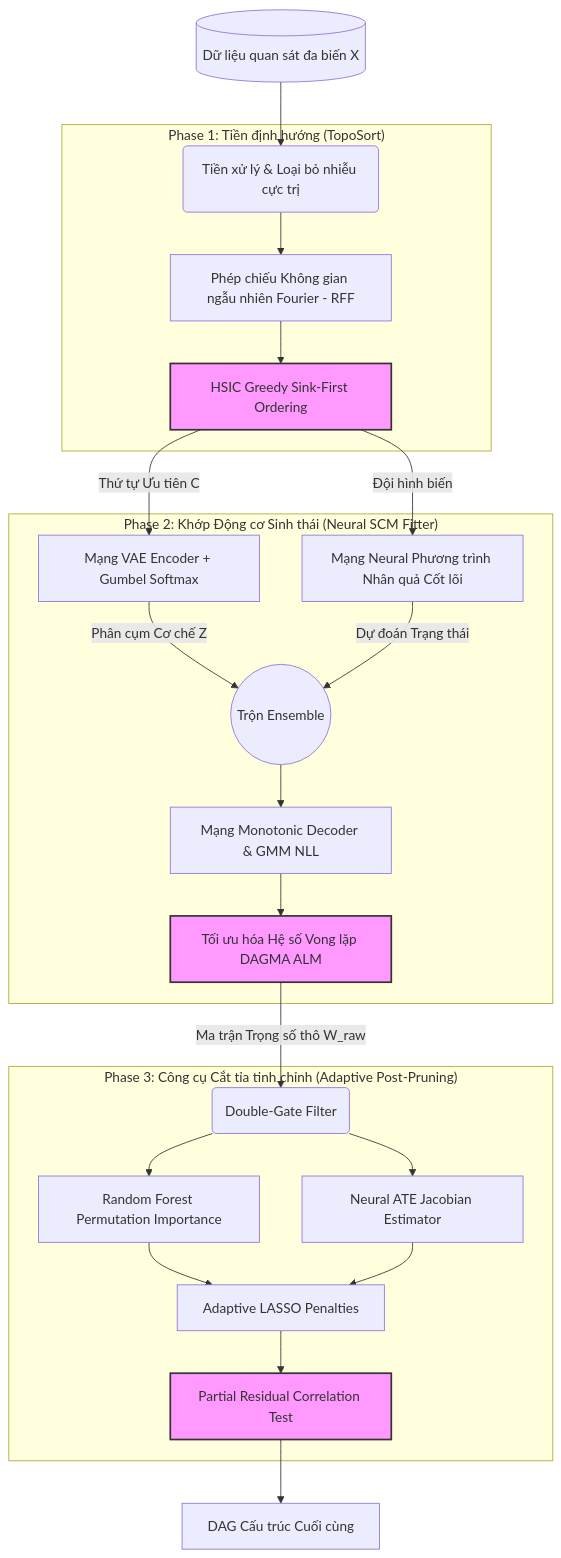
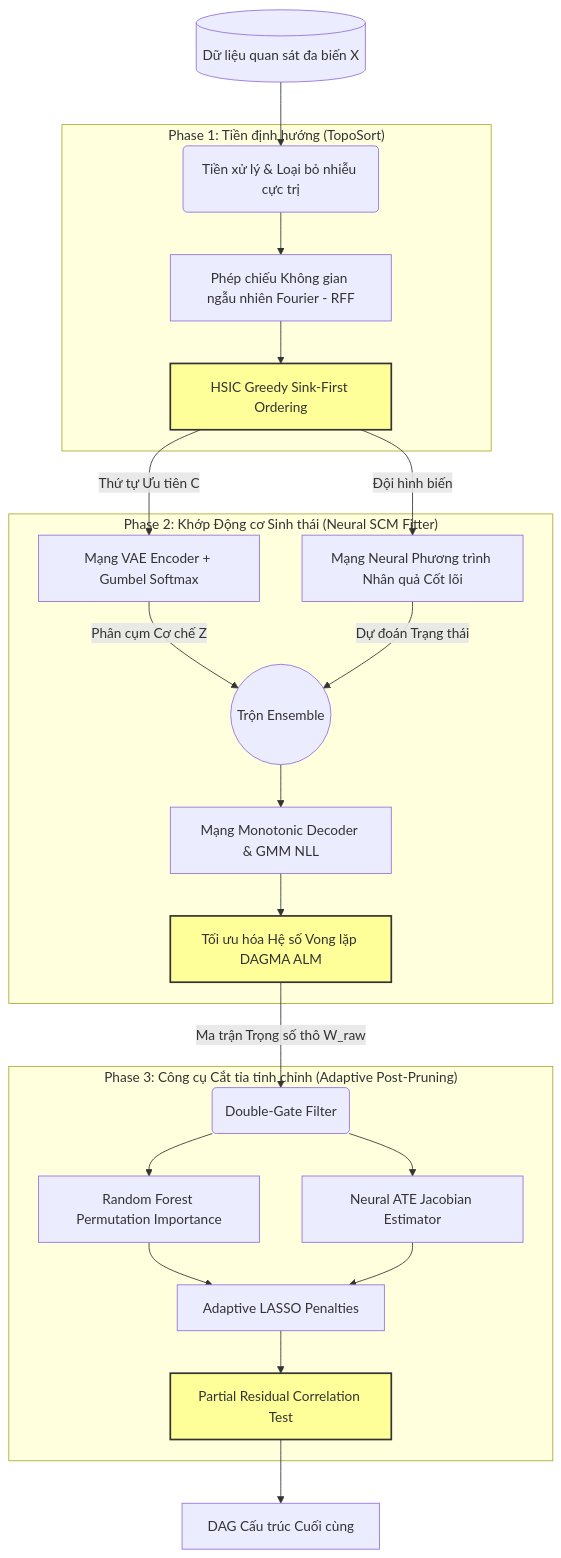
One commit to manhthai1706/DeepANM changed the diagram in docx/Chuong3_MoHinhDeepANM.md. Above: the diagram before and after it, drawn with Mermaid.

Commit message:
docs: use neutral yellow instead of pink for mermaid highlight class

````diff
--- a/docx/Chuong3_MoHinhDeepANM.md
+++ b/docx/Chuong3_MoHinhDeepANM.md
@@ -11,35 +11,35 @@
 ```mermaid
 graph TD
-    classDef highlight fill:#f9f,stroke:#333,stroke-width:2px;
+    classDef highlight fill:#ff9,stroke:#333,stroke-width:2px;
     classDef sub core fill:#bbf,stroke:#333,stroke-width:2px;
     
     Data[(Dữ liệu quan sát đa biến X)] --> Preprocess(Tiền xử lý & Loại bỏ nhiễu cực trị)
     
     subgraph phase1 ["Phase 1: Tiền định hướng (TopoSort)"]
         Preprocess --> RFF[Phép chiếu Không gian ngẫu nhiên Fourier - RFF]
         RFF --> Sink[HSIC Greedy Sink-First Ordering]
     end
     
     subgraph phase2 ["Phase 2: Khớp Động cơ Sinh thái (Neural SCM Fitter)"]
         Sink -->|Thứ tự Ưu tiên C| Encoder[Mạng VAE Encoder + Gumbel Softmax]
         Sink -->|Đội hình biến| SEM[Mạng Neural Phương trình Nhân quả Cốt lõi]
         Encoder -->|Phân cụm Cơ chế Z| Combine((Trộn Ensemble))
         SEM -->|Dự đoán Trạng thái| Combine
         Combine --> Decoder[Mạng Monotonic Decoder & GMM NLL]
         Decoder --> ALM[Tối ưu hóa Hệ số Vong lặp DAGMA ALM]
     end
     
     subgraph phase3 ["Phase 3: Công cụ Cắt tỉa tinh chỉnh (Adaptive Post-Pruning)"]
         ALM -->|Ma trận Trọng số thô W_raw| DoubleGate(Double-Gate Filter)
         DoubleGate --> RF[Random Forest Permutation Importance]
         DoubleGate --> ATE[Neural ATE Jacobian Estimator]
         RF --> ALasso[Adaptive LASSO Penalties]
         ATE --> ALasso
         ALasso --> CI[Partial Residual Correlation Test]
     end
     
     CI --> Final[DAG Cấu trúc Cuối cùng]
     
     class Sink,ALM,CI highlight;
     class Encoder,SEM,Decoder core;
 ```
````
